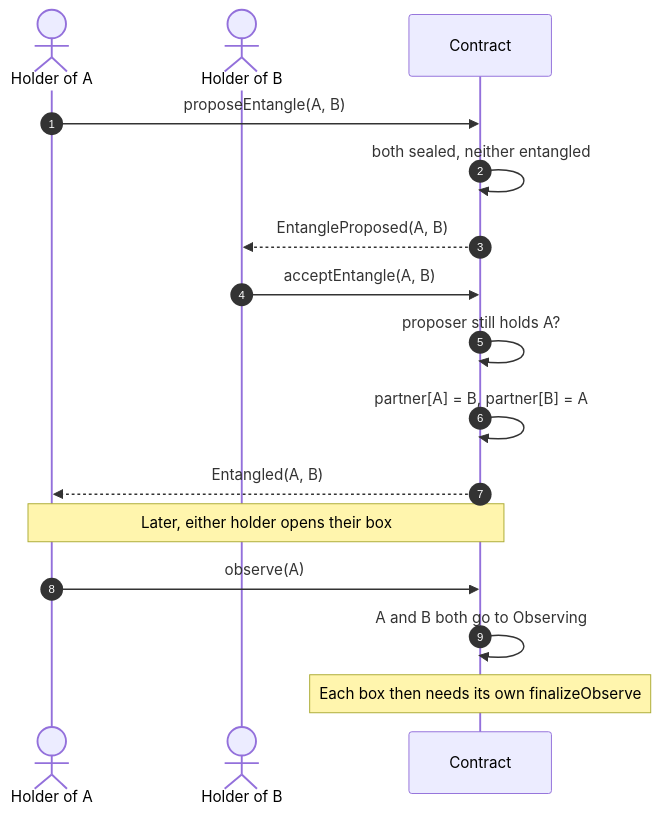
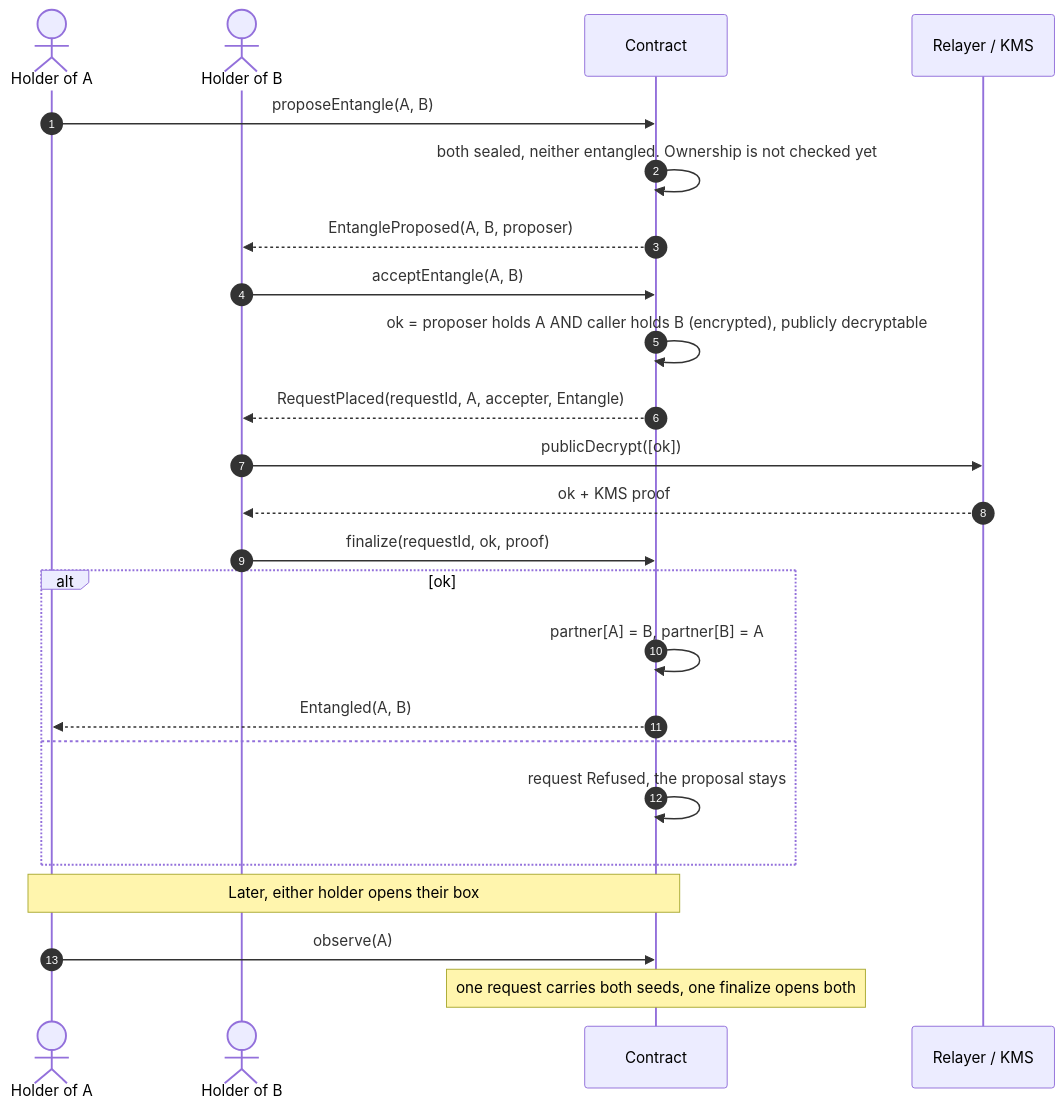
The eighth of 19 diagrams in docs/FLOWS.md (jecombe/do_not_open), drawn with Mermaid before and after one commit. The commit also changed other lines of this file and 25 other files, not shown here.

````diff
--- a/docs/FLOWS.md
+++ b/docs/FLOWS.md
@@ -159,18 +239,26 @@
 ```mermaid
 sequenceDiagram
   autonumber
   actor A as Holder of A
   actor B as Holder of B
   participant C as Contract
+  participant R as Relayer / KMS
   A->>C: proposeEntangle(A, B)
-  C->>C: both sealed, neither entangled
-  C-->>B: EntangleProposed(A, B)
+  C->>C: both sealed, neither entangled. Ownership is not checked yet
+  C-->>B: EntangleProposed(A, B, proposer)
   B->>C: acceptEntangle(A, B)
-  C->>C: proposer still holds A?
-  C->>C: partner[A] = B, partner[B] = A
-  C-->>A: Entangled(A, B)
+  C->>C: ok = proposer holds A AND caller holds B (encrypted), publicly decryptable
+  C-->>B: RequestPlaced(requestId, A, accepter, Entangle)
+  B->>R: publicDecrypt([ok])
+  R-->>B: ok + KMS proof
+  B->>C: finalize(requestId, ok, proof)
+  alt ok
+    C->>C: partner[A] = B, partner[B] = A
+    C-->>A: Entangled(A, B)
+  else
+    C->>C: request Refused, the proposal stays
+  end
   Note over A,C: Later, either holder opens their box
   A->>C: observe(A)
-  C->>C: A and B both go to Observing
-  Note over C: Each box then needs its own finalizeObserve
+  Note over C: one request carries both seeds, one finalize opens both
 ```
````
